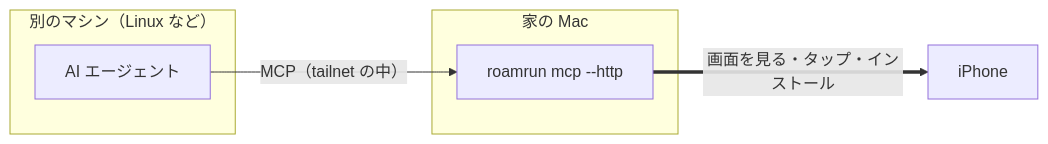
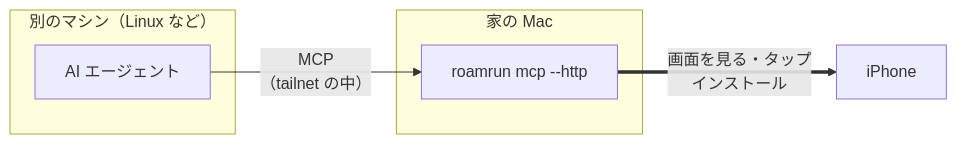
Before and after one commit to mh-mobile/zenn_docs: the fifth of 13 diagrams in articles/4380fe7546a237.md, drawn with Mermaid. The commit also changed other lines of this file and 10 other files, not shown here.

````diff
--- a/articles/4380fe7546a237.md
+++ b/articles/4380fe7546a237.md
@@ -110,11 +226,11 @@
 ```mermaid
 flowchart LR
   subgraph other["別のマシン（Linux など）"]
     agent["AI エージェント"]
   end
   subgraph mac["家の Mac"]
     rr["roamrun mcp --http"]
   end
-  agent -- "MCP（tailnet の中）" --> rr
-  rr == "画面を見る・タップ・インストール" ==> iphone["iPhone"]
+  agent -- "MCP<br/>（tailnet の中）" --> rr
+  rr == "画面を見る・タップ<br/>インストール" ==> iphone["iPhone"]
 ```
````
